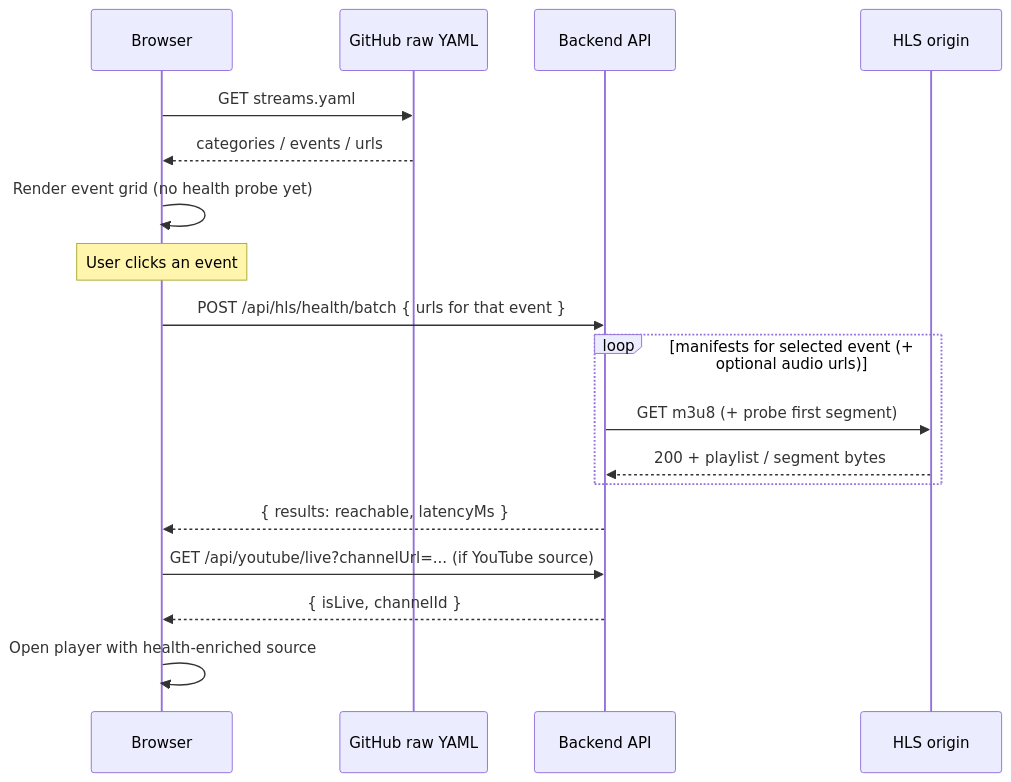
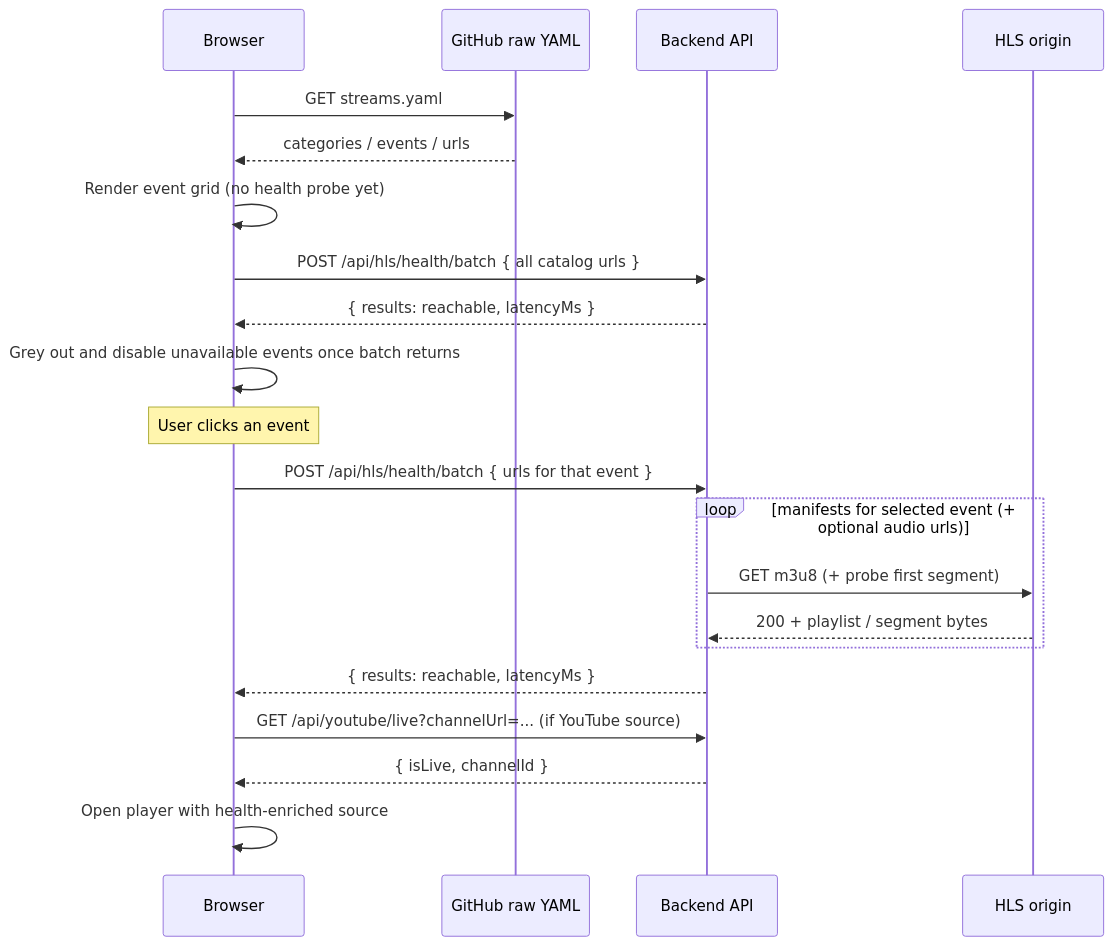
One commit to tejasvi-mehra/live-stream-aggregator changed the second of 3 diagrams in README.md. Above: the diagram before and after it, drawn with Mermaid. The commit also changed other lines of this file and 8 other files, not shown here.

First line of the commit message:
feat: background catalog health, player retry, and unavailable UI

````diff
--- a/README.md
+++ b/README.md
@@ -100,21 +100,24 @@
 ```mermaid
 sequenceDiagram
   participant Browser
   participant GitHub as GitHub raw YAML
   participant API as Backend API
   participant Origin as HLS origin
 
   Browser->>GitHub: GET streams.yaml
   GitHub-->>Browser: categories / events / urls
   Browser->>Browser: Render event grid (no health probe yet)
+  Browser->>API: POST /api/hls/health/batch { all catalog urls }
+  API-->>Browser: { results: reachable, latencyMs }
+  Browser->>Browser: Grey out and disable unavailable events once batch returns
   Note over Browser: User clicks an event
   Browser->>API: POST /api/hls/health/batch { urls for that event }
   loop manifests for selected event (+ optional audio urls)
     API->>Origin: GET m3u8 (+ probe first segment)
     Origin-->>API: 200 + playlist / segment bytes
   end
   API-->>Browser: { results: reachable, latencyMs }
   Browser->>API: GET /api/youtube/live?channelUrl=... (if YouTube source)
   API-->>Browser: { isLive, channelId }
   Browser->>Browser: Open player with health-enriched source
 ```
````
